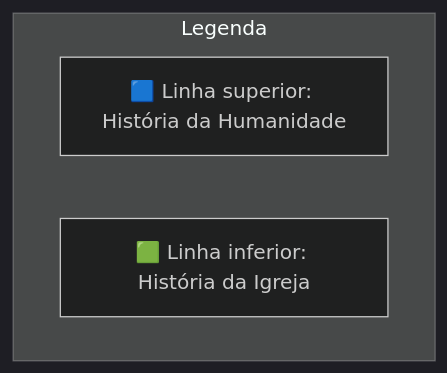
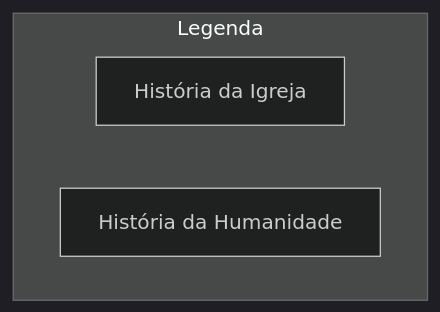
Before and after one commit to GlaucioCavalcanti/As_Sete_Igrejas_Paralelos: the fourth of 12 diagrams in igrejas-historia.md, drawn with Mermaid (dark theme). The commit also changed other lines of this file, not shown here.

````diff
--- a/igrejas-historia.md
+++ b/igrejas-historia.md
@@ -54,8 +58,8 @@
 ```mermaid
 graph TD
 %% Legenda
 subgraph LEG [Legenda]
-L1[🟦 Linha superior: História da Humanidade]
-L2[🟩 Linha inferior: História da Igreja]
+L2[História da Igreja]
+L1[História da Humanidade]
 end
 ```
````
